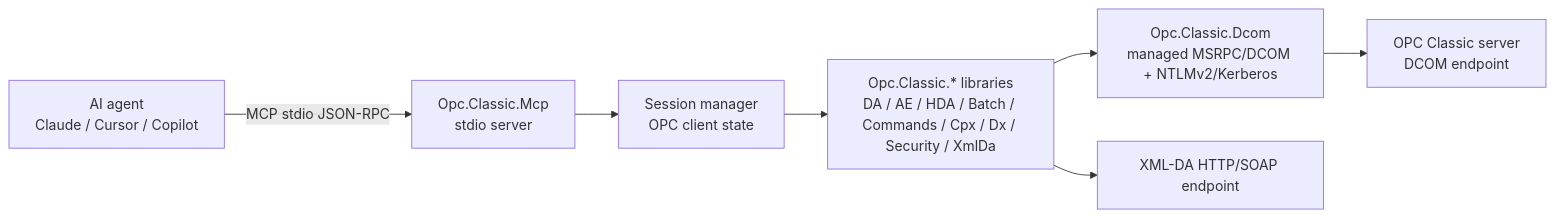
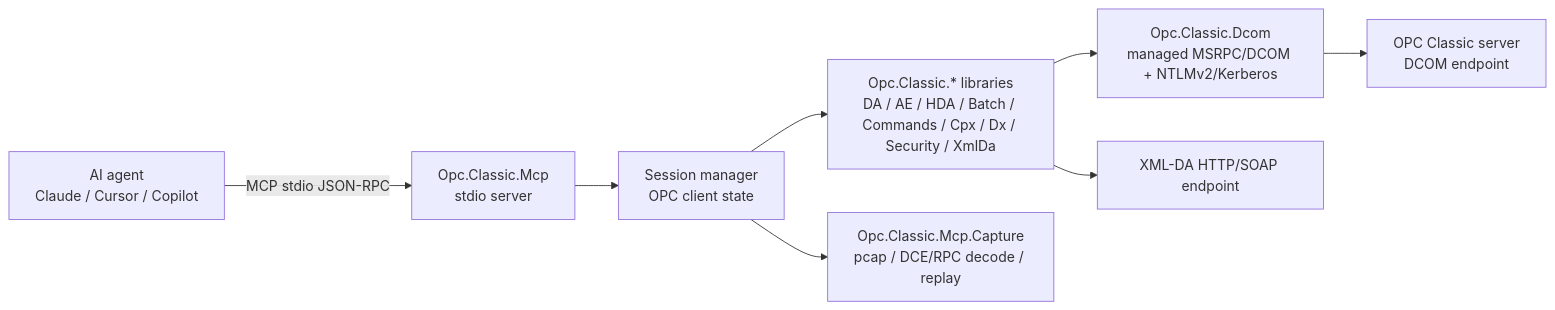
Before and after one commit to marcschier/opc-classic: the diagram in docs/mcp/README.md, drawn with Mermaid. The commit also changed other lines of this file and 66 other files, not shown here.

````diff
--- a/docs/mcp/README.md
+++ b/docs/mcp/README.md
@@ -94,9 +97,10 @@
 ```mermaid
 flowchart LR
     Agent["AI agent<br/>Claude / Cursor / Copilot"] -->|MCP stdio JSON-RPC| Mcp["Opc.Classic.Mcp<br/>stdio server"]
     Mcp --> Sessions["Session manager<br/>OPC client state"]
     Sessions --> Libraries["Opc.Classic.* libraries<br/>DA / AE / HDA / Batch / Commands / Cpx / Dx / Security / XmlDa"]
+    Sessions --> Capture["Opc.Classic.Mcp.Capture<br/>pcap / DCE/RPC decode / replay"]
     Libraries --> Dcom["Opc.Classic.Dcom<br/>managed MSRPC/DCOM + NTLMv2/Kerberos"]
     Dcom --> Server["OPC Classic server<br/>DCOM endpoint"]
     Libraries --> Xml["XML-DA HTTP/SOAP endpoint"]
 ```
````
